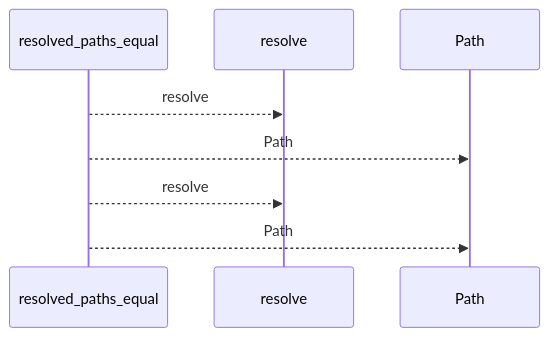
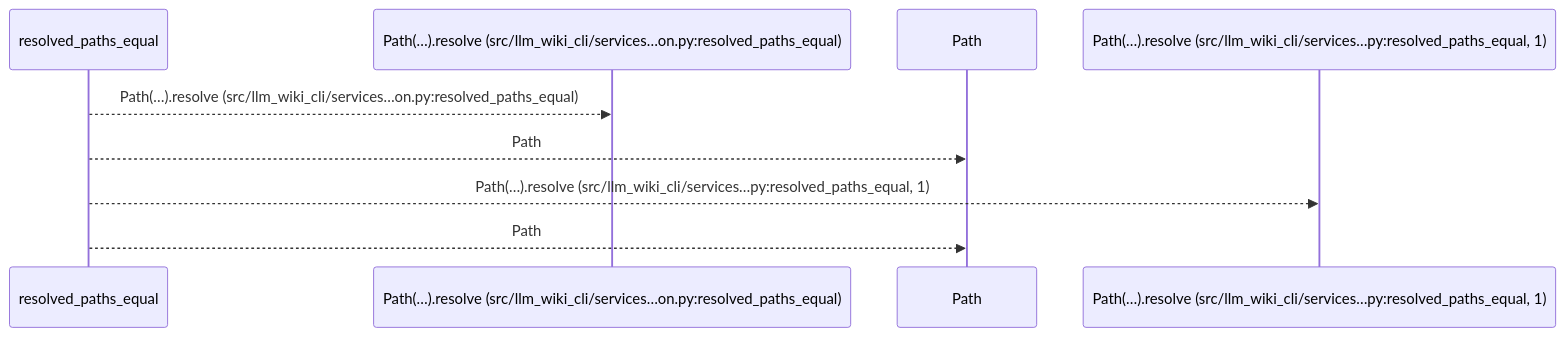
The first of 2 diagrams in docs/llm_wiki/flows/api-resolved_paths_equal.md (Denissvgn/python-wiki-llm), drawn with Mermaid before and after one commit. The commit also changed other lines of this file and 719 other files, not shown here.

````diff
--- a/docs/llm_wiki/flows/api-resolved_paths_equal.md
+++ b/docs/llm_wiki/flows/api-resolved_paths_equal.md
@@ -10,10 +10,11 @@
 ```mermaid
 sequenceDiagram
     participant p0 as resolved_paths_equal
-    participant p1 as resolve
+    participant p1 as Path(…).resolve (src/llm_wiki_cli/services…on.py:resolved_paths_equal)
     participant p2 as Path
-    p0-->>p1: resolve
+    participant p3 as Path(…).resolve (src/llm_wiki_cli/services…py:resolved_paths_equal, 1)
+    p0-->>p1: Path(…).resolve (src/llm_wiki_cli/services…on.py:resolved_paths_equal)
     p0-->>p2: Path
-    p0-->>p1: resolve
+    p0-->>p3: Path(…).resolve (src/llm_wiki_cli/services…py:resolved_paths_equal, 1)
     p0-->>p2: Path
 ```
````
